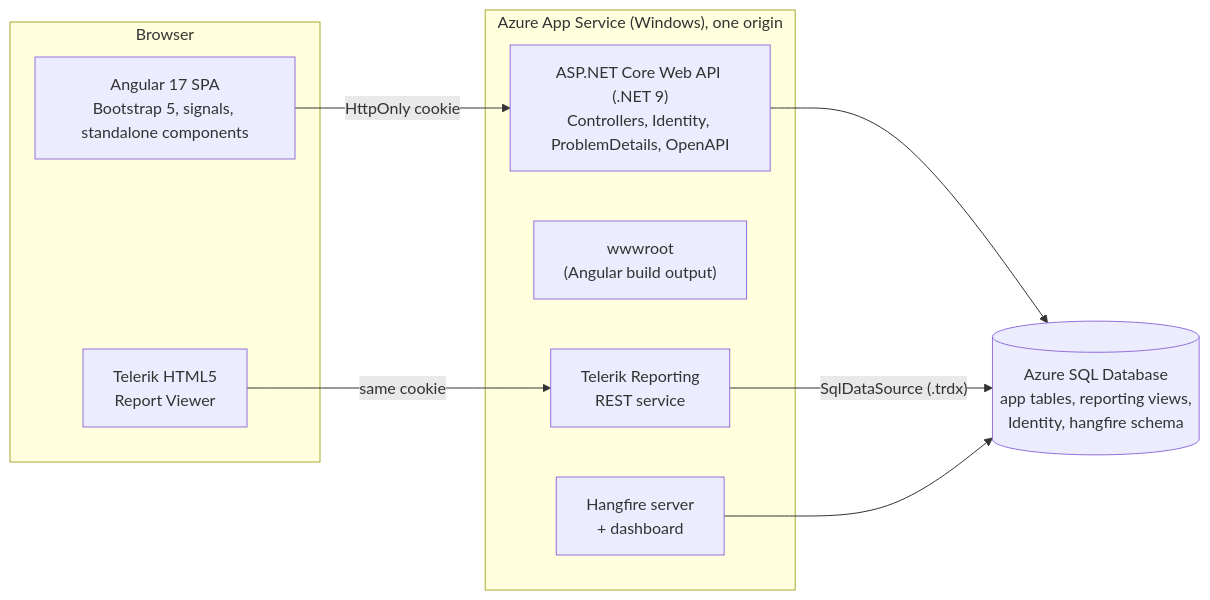
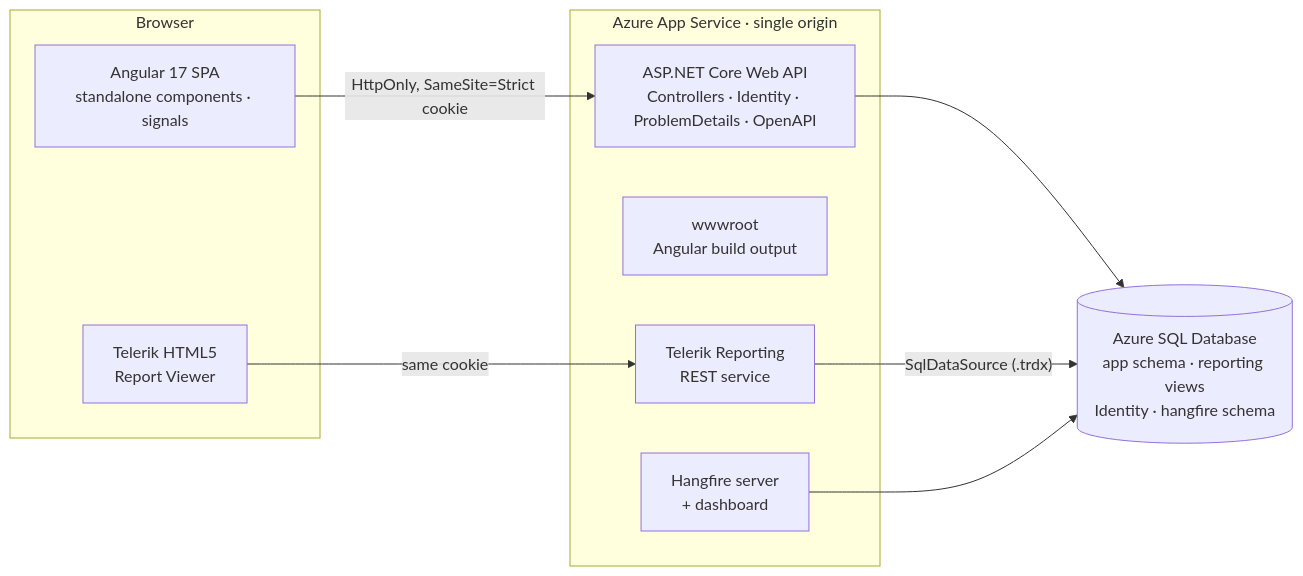
One commit to Akhilesh-Vangala/accrue changed the first of 5 diagrams in README.md. Above: the diagram before and after it, drawn with Mermaid. The commit also changed other lines of this file and 10 other files, not shown here.

````diff
--- a/README.md
+++ b/README.md
@@ -39,22 +48,22 @@
 ```mermaid
 flowchart LR
     subgraph Browser
-        SPA["Angular 17 SPA<br/>Bootstrap 5, signals, standalone components"]
+        SPA["Angular 17 SPA<br/>standalone components · signals"]
         Viewer["Telerik HTML5<br/>Report Viewer"]
     end
 
-    subgraph AppService["Azure App Service (Windows), one origin"]
-        API["ASP.NET Core Web API (.NET 9)<br/>Controllers, Identity, ProblemDetails, OpenAPI"]
-        Static["wwwroot<br/>(Angular build output)"]
+    subgraph AppService["Azure App Service · single origin"]
+        API["ASP.NET Core Web API<br/>Controllers · Identity · ProblemDetails · OpenAPI"]
+        Static["wwwroot<br/>Angular build output"]
         TRS["Telerik Reporting<br/>REST service"]
         HF["Hangfire server<br/>+ dashboard"]
     end
 
-    SQL[("Azure SQL Database<br/>app tables, reporting views,<br/>Identity, hangfire schema")]
+    SQL[("Azure SQL Database<br/>app schema · reporting views<br/>Identity · hangfire schema")]
 
-    SPA -- "HttpOnly cookie" --> API
+    SPA -- "HttpOnly, SameSite=Strict cookie" --> API
     Viewer -- "same cookie" --> TRS
     API --> SQL
     TRS -- "SqlDataSource (.trdx)" --> SQL
     HF --> SQL
 ```
````
